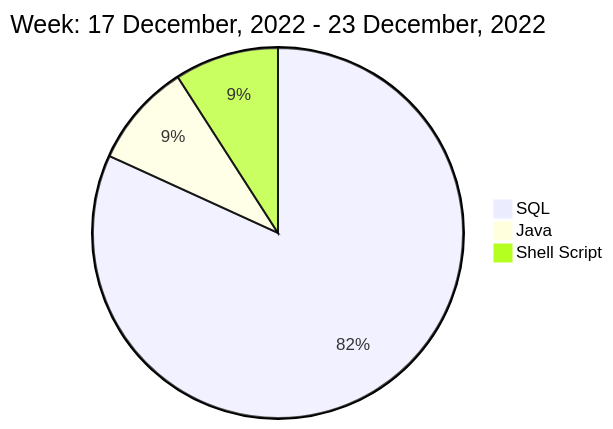
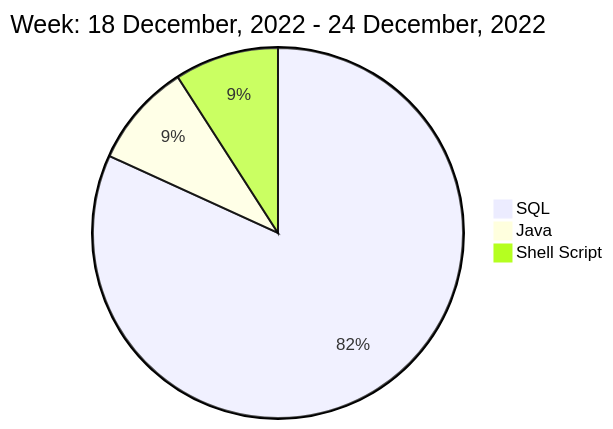
Before and after one commit to liubin95/liubin95: the diagram in README.md, drawn with Mermaid.

Commit message:
Updated the Graph with new Metrics

````diff
--- a/README.md
+++ b/README.md
@@ -40,7 +40,7 @@
 ```mermaid
  pie
-title Week: 17 December, 2022 - 23 December, 2022
+title Week: 18 December, 2022 - 24 December, 2022
  "SQL" : 0.27
  "Java" : 0.03
  "Shell Script" : 0.03
 ```
````
